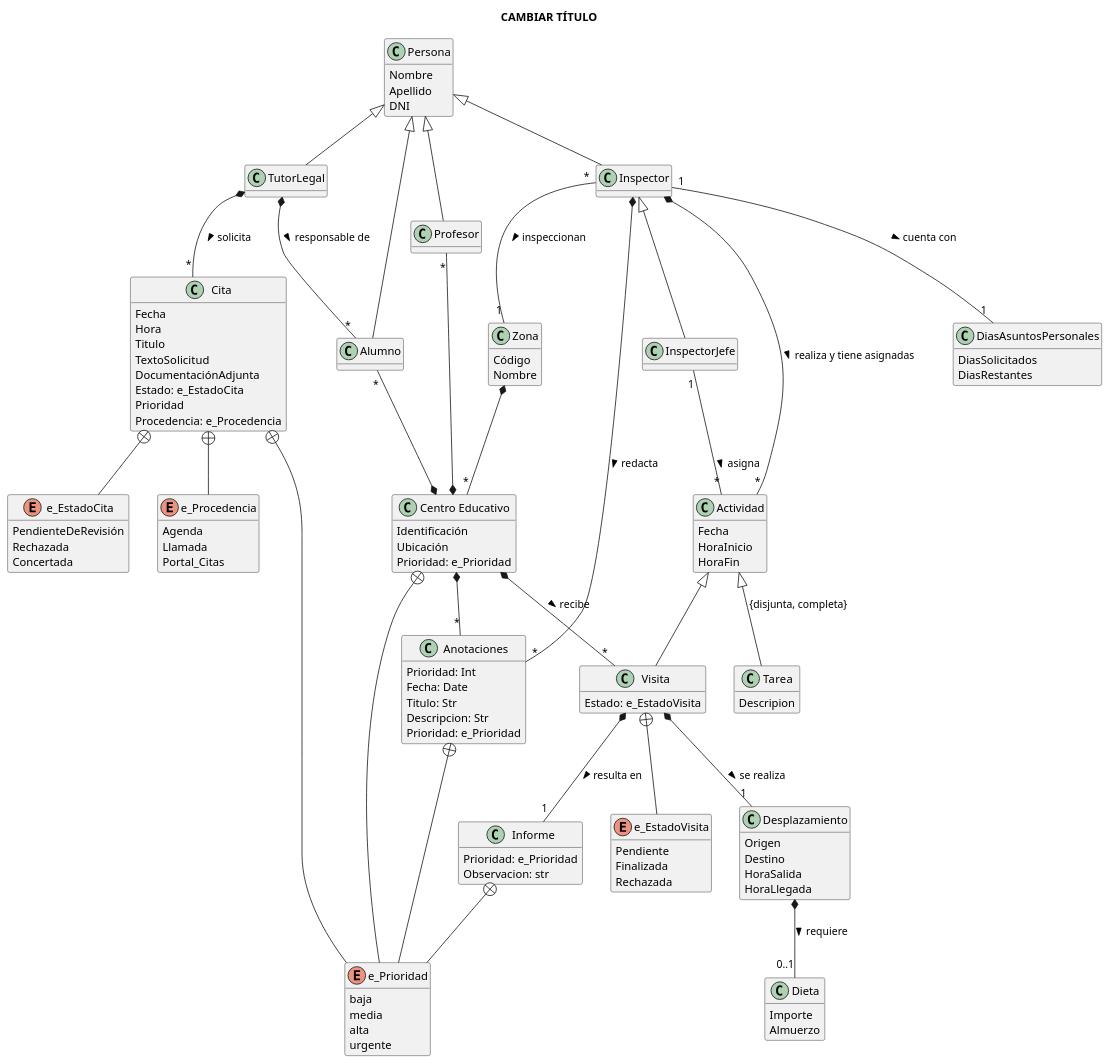
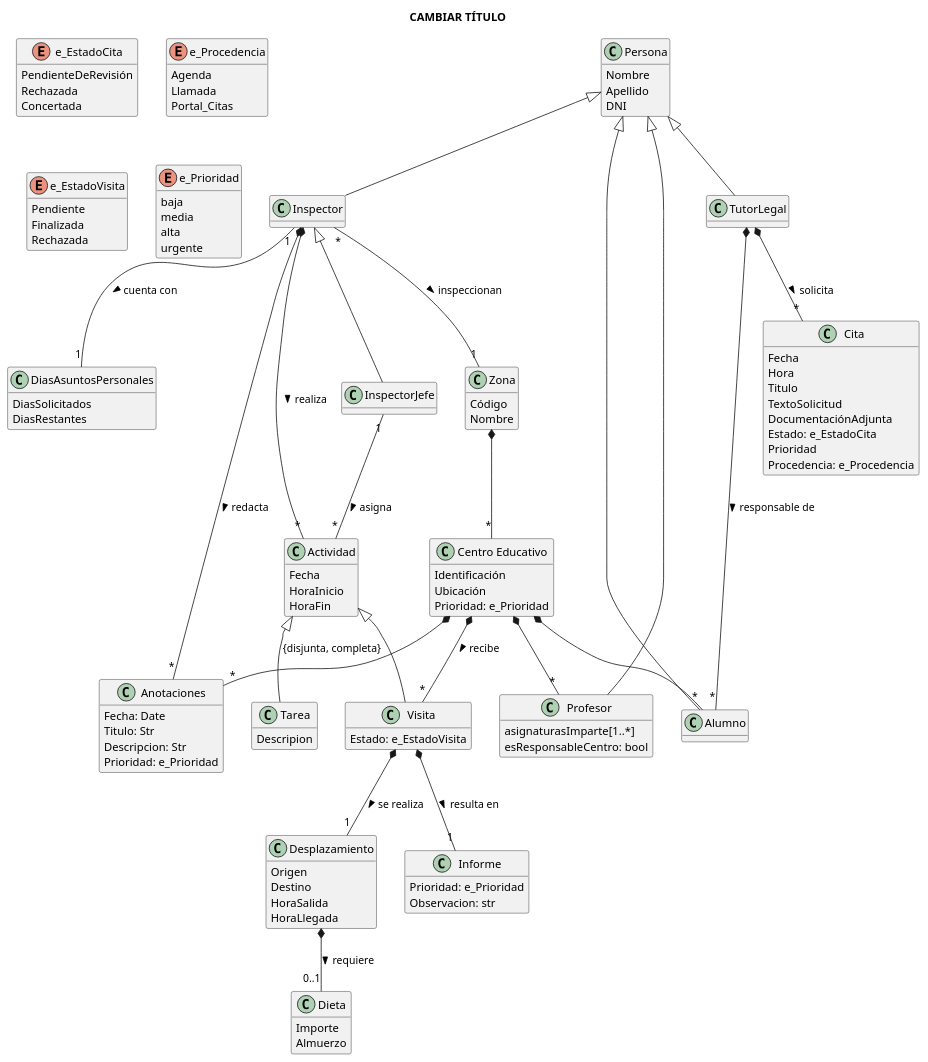
The diagram in docs/modelado_conceptual.puml (lorenzomaranon/ProyectoBD_Inspeccion_Educativa), drawn with PlantUML before and after one commit.

Commit message:
Añado atributos clase profesor y ordenos asocioaciones por nombre

```diff
--- a/docs/modelado_conceptual.puml
+++ b/docs/modelado_conceptual.puml
@@ -115,34 +115,11 @@
     Procedencia: e_Procedencia
 }
 
-enum e_EstadoCita{
-    PendienteDeRevisión    
-    Rechazada 
-    Concertada  
-}
-
-enum e_Procedencia {
-    Agenda
-    Llamada
-    Portal_Citas 
-}
-
-Cita +-- e_Procedencia
-Cita +-- e_EstadoCita
-Visita +-- e_EstadoVisita
-Cita +-- e_Prioridad
-CentroEducativo +-- e_Prioridad
-Informe +-- e_Prioridad
-Anotaciones +-- e_Prioridad
-
-
 class Anotaciones{
-    Prioridad: Int
     Fecha: Date
     Titulo: Str
     Descripcion: Str
     Prioridad: e_Prioridad
-    
 }
 
 class Actividad{
@@ -157,12 +134,6 @@
      Estado: e_EstadoVisita
 }
 
-enum e_EstadoVisita {
-    Pendiente
-    Finalizada
-    Rechazada
-}
-
  'Sale de la visita. RI-10
 class Informe { 
     
@@ -173,15 +144,6 @@
 class Tarea {
     Descripion
 }
-
-
-enum e_Prioridad {
-    baja
-    media
-    alta
-    urgente
-}
-
 
 class DiasAsuntosPersonales {
     
@@ -208,13 +170,38 @@
 }
 
 class Profesor{
-
+    asignaturasImparte[1..*]
+    esResponsableCentro: bool
 }
 
 class TutorLegal{
     
 }
 
+enum e_EstadoCita{
+    PendienteDeRevisión    
+    Rechazada 
+    Concertada  
+}
+
+enum e_Procedencia {
+    Agenda
+    Llamada
+    Portal_Citas 
+}
+
+enum e_EstadoVisita {
+    Pendiente
+    Finalizada
+    Rechazada
+}
+
+enum e_Prioridad {
+    baja
+    media
+    alta
+    urgente
+}
 
 Inspector <|-- InspectorJefe
 Persona <|-- Alumno
@@ -223,21 +210,23 @@
 Persona <|-- TutorLegal
 Actividad <|-- Visita
 Actividad <|-- Tarea: {disjunta, completa}
-Alumno "*" --* CentroEducativo
-Profesor "*" --* CentroEducativo
+
 Zona *-- "*" CentroEducativo
 Inspector "*" -- "1" Zona: inspeccionan >
 Inspector *-- "*" Anotaciones: redacta >
+Inspector *-- "*" Actividad: realiza >
+Inspector "1" -- "1" DiasAsuntosPersonales: > cuenta con
 TutorLegal *-- "*" Alumno : responsable de > 
 TutorLegal *-- "*" Cita : solicita >
-CentroEducativo *-- "*" Visita: recibe >
-Inspector *-- "*" Actividad: realiza y tiene asignadas >
 Visita *-- "1" Informe: resulta en >
 Visita *-- "1" Desplazamiento : se realiza >
 Desplazamiento *-- "0..1" Dieta : requiere >
 InspectorJefe "1" -- "*" Actividad : asigna > 
+CentroEducativo *-- "*" Visita: recibe >
+CentroEducativo *-- "*" Alumno
+CentroEducativo *-- "*" Profesor
 CentroEducativo *-- "*" Anotaciones
-Inspector "1" -- "1" DiasAsuntosPersonales: > cuenta con
+
 
 
 @enduml
```
